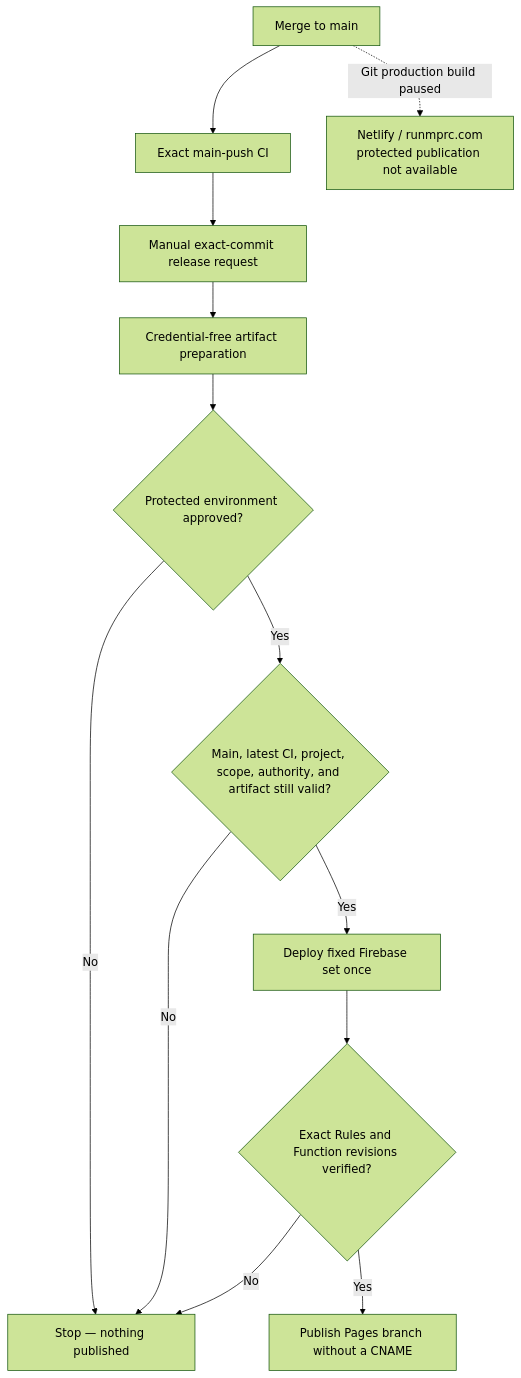
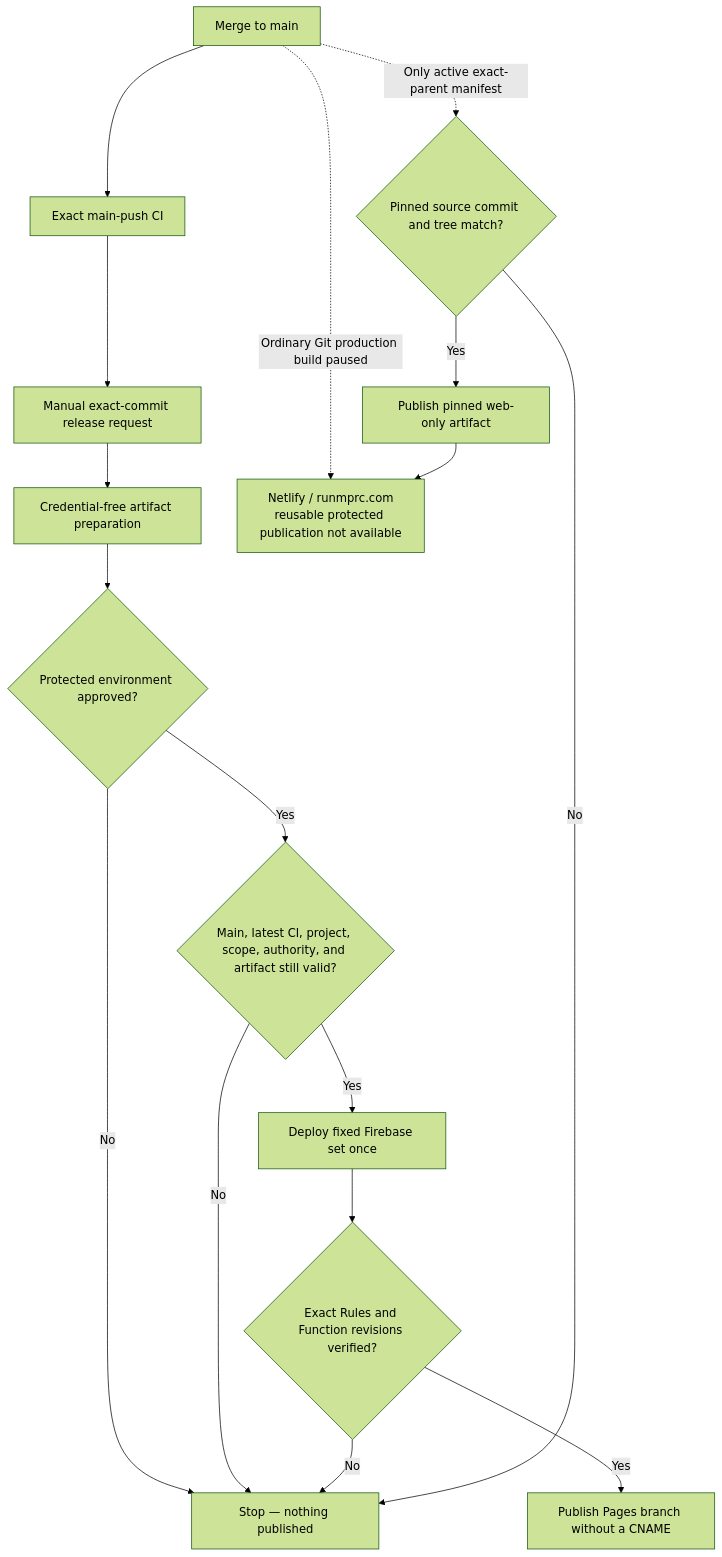
Before and after one commit to Run-MPRC/Run-MPRC.github.io: the second of 49 diagrams in SYSTEM_DESIGN.md, drawn with Mermaid (forest theme). The commit also changed other lines of this file and 17 other files, not shown here.

Commit message:
release: add pinned Netlify hotfix gate

````diff
--- a/SYSTEM_DESIGN.md
+++ b/SYSTEM_DESIGN.md
@@ -96,15 +96,19 @@
 ```mermaid
 flowchart TD
     Merge["Merge to main"] --> CI["Exact main-push CI"]
     CI --> Request["Manual exact-commit release request"]
     Request --> Prepare["Credential-free artifact preparation"]
     Prepare --> Approval{"Protected environment approved?"}
     Approval -- "No" --> Stop["Stop — nothing published"]
     Approval -- "Yes" --> Recheck{"Main, latest CI, project, scope, authority, and artifact still valid?"}
     Recheck -- "No" --> Stop
     Recheck -- "Yes" --> Backend["Deploy fixed Firebase set once"]
     Backend --> Verify{"Exact Rules and Function revisions verified?"}
     Verify -- "No" --> Stop
     Verify -- "Yes" --> Pages["Publish Pages branch without a CNAME"]
-    Merge -. "Git production build paused" .-> Netlify["Netlify / runmprc.com\nprotected publication not available"]
+    Merge -. "Ordinary Git production build paused" .-> Netlify["Netlify / runmprc.com\nreusable protected publication not available"]
+    Merge -. "Only active exact-parent manifest" .-> WebGate{"Pinned source commit and tree match?"}
+    WebGate -- "No" --> Stop
+    WebGate -- "Yes" --> WebOnly["Publish pinned web-only artifact"]
+    WebOnly --> Netlify
 ```
````
